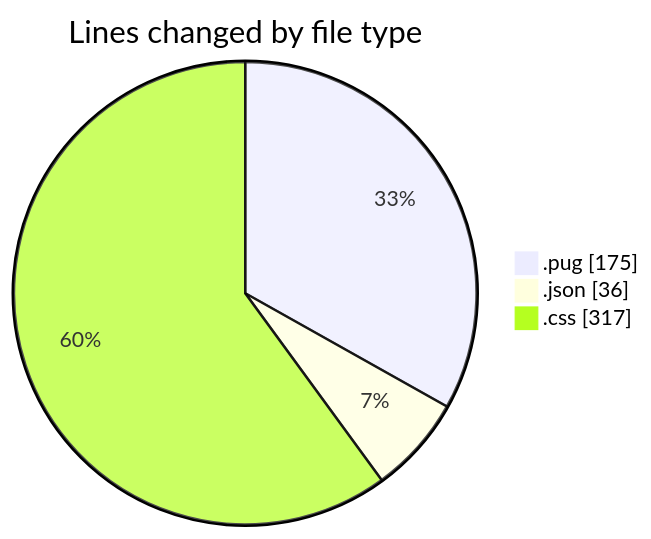
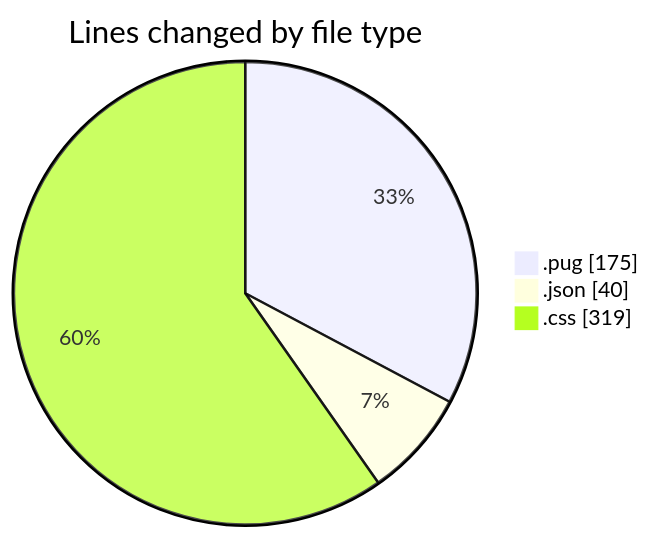
Before and after one commit to momahboobian/code-tracking: the first of 2 diagrams in 2025-11-03/cda/README.md, drawn with Mermaid. The commit also changed other lines of this file and 1 other file, not shown here.

````diff
--- a/2025-11-03/cda/README.md
+++ b/2025-11-03/cda/README.md
@@ -22,7 +22,7 @@
 ```mermaid
 pie showData
 title Lines changed by file type
 ".pug" : 175
-".json" : 36
-".css" : 317
+".json" : 40
+".css" : 319
 ```
````
